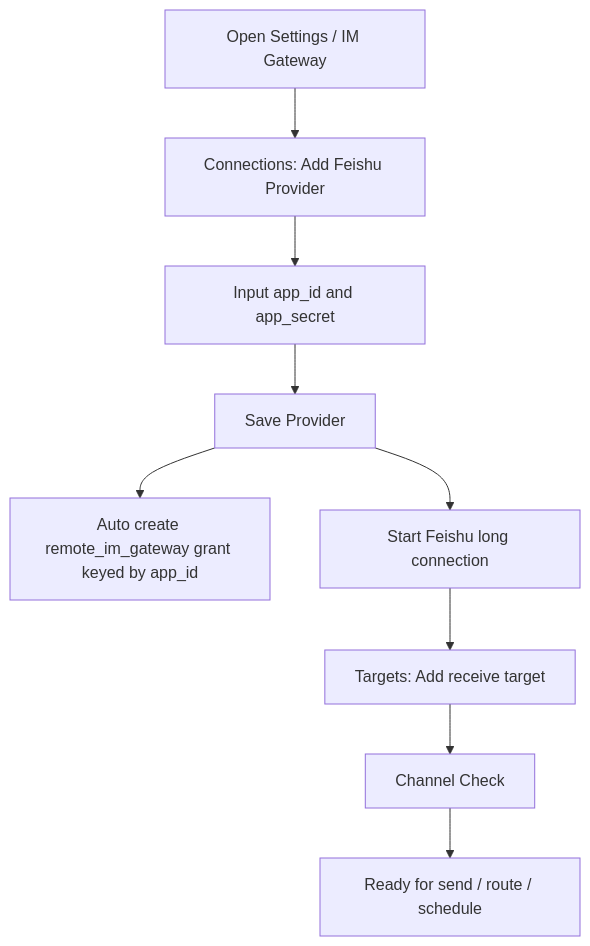
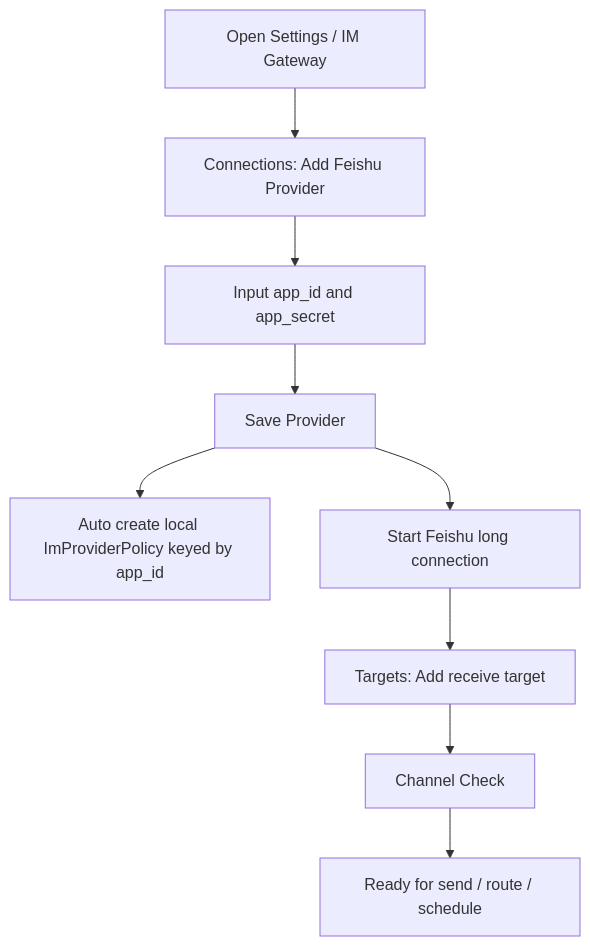
Before and after one commit to bifrost-proxy/bifrost: the second of 6 diagrams in design/im-gateway.md, drawn with Mermaid. The commit also changed other lines of this file and 320 other files, not shown here.

````diff
--- a/design/im-gateway.md
+++ b/design/im-gateway.md
@@ -257,21 +263,21 @@
 ```mermaid
 flowchart TD
     OpenTab["Open Settings / IM Gateway"]
     AddProvider["Connections: Add Feishu Provider"]
     InputCred["Input app_id and app_secret"]
     SaveProvider["Save Provider"]
-    CreateGrant["Auto create remote_im_gateway grant keyed by app_id"]
+    CreatePolicy["Auto create local ImProviderPolicy keyed by app_id"]
     ConnectLong["Start Feishu long connection"]
     AddTarget["Targets: Add receive target"]
     CheckTarget["Channel Check"]
     Ready["Ready for send / route / schedule"]
 
     OpenTab --> AddProvider
     AddProvider --> InputCred
     InputCred --> SaveProvider
-    SaveProvider --> CreateGrant
+    SaveProvider --> CreatePolicy
     SaveProvider --> ConnectLong
     ConnectLong --> AddTarget
     AddTarget --> CheckTarget
     CheckTarget --> Ready
 ```
````
